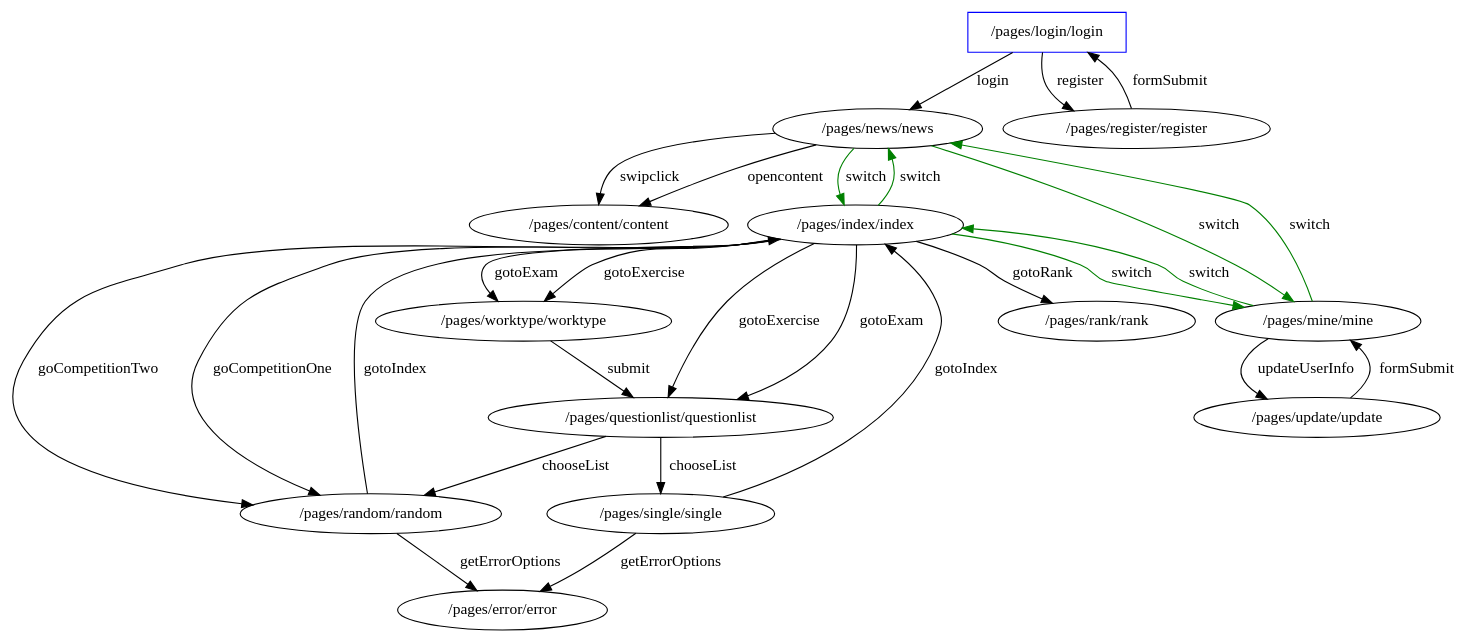
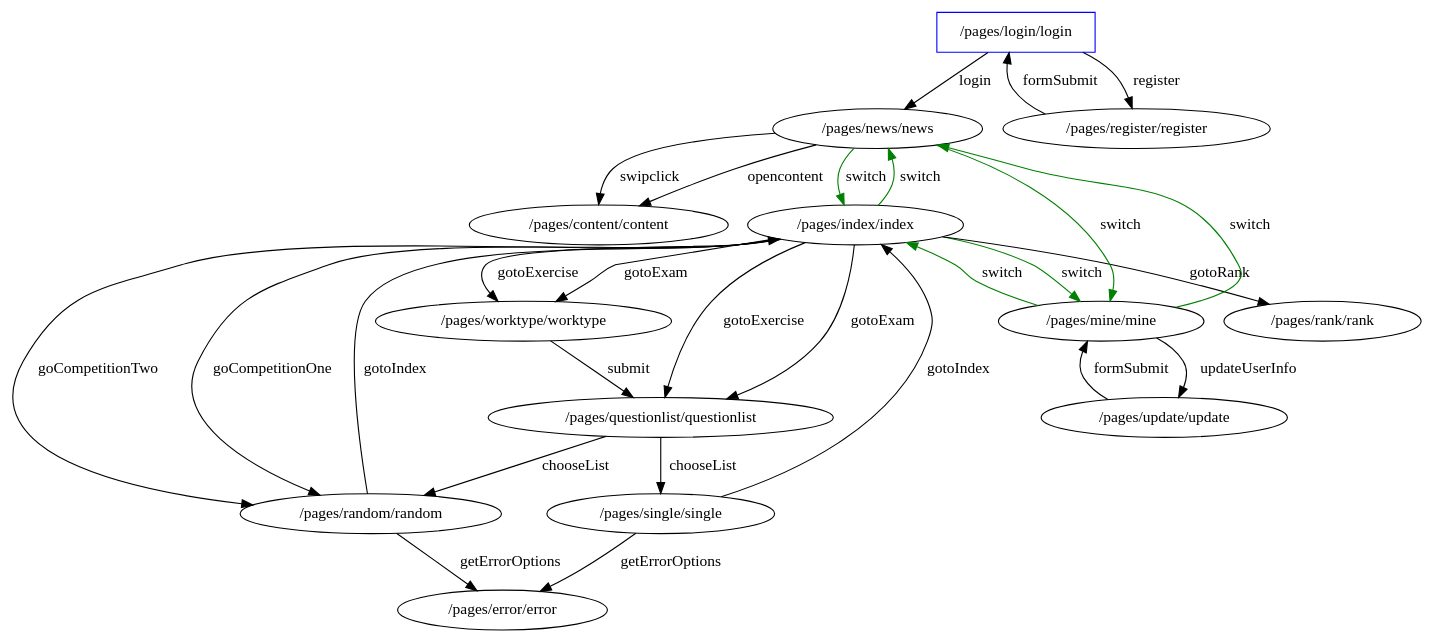
One commit to ppproxy/app-in-app-analysis changed the diagram in graph/ng-table.gv. Above: the diagram before and after it, drawn with Graphviz. The commit also changed other lines of this file and 2041 other files, not shown here.

```diff
--- a/graph/ng-table.gv
+++ b/graph/ng-table.gv
@@ -1,43 +1,43 @@
 // UI State Transfer Diagram
 digraph {
 	"/pages/content/content" [label="/pages/content/content"]
+	"/pages/single/single" [label="/pages/single/single"]
+	"/pages/index/index" [label="/pages/index/index"]
+	"/pages/worktype/worktype" [label="/pages/worktype/worktype"]
+	"/pages/questionlist/questionlist" [label="/pages/questionlist/questionlist"]
+	"/pages/mine/mine" [label="/pages/mine/mine"]
+	"/pages/news/news" [label="/pages/news/news"]
+	"/pages/update/update" [label="/pages/update/update"]
+	"/pages/register/register" [label="/pages/register/register"]
+	"/pages/login/login" [label="/pages/login/login" color=blue shape=rectangle]
+	"/pages/rank/rank" [label="/pages/rank/rank"]
+	"/pages/random/random" [label="/pages/random/random"]
 	"/pages/error/error" [label="/pages/error/error"]
-	"/pages/worktype/worktype" [label="/pages/worktype/worktype"]
-	"/pages/register/register" [label="/pages/register/register"]
-	"/pages/index/index" [label="/pages/index/index"]
-	"/pages/news/news" [label="/pages/news/news"]
-	"/pages/login/login" [label="/pages/login/login" color=blue shape=rectangle]
-	"/pages/random/random" [label="/pages/random/random"]
-	"/pages/update/update" [label="/pages/update/update"]
-	"/pages/rank/rank" [label="/pages/rank/rank"]
-	"/pages/single/single" [label="/pages/single/single"]
-	"/pages/mine/mine" [label="/pages/mine/mine"]
-	"/pages/questionlist/questionlist" [label="/pages/questionlist/questionlist"]
 	"/pages/news/news" -> "/pages/index/index" [label=switch color=green]
 	"/pages/news/news" -> "/pages/mine/mine" [label=switch color=green]
 	"/pages/index/index" -> "/pages/news/news" [label=switch color=green]
 	"/pages/index/index" -> "/pages/mine/mine" [label=switch color=green]
 	"/pages/mine/mine" -> "/pages/news/news" [label=switch color=green]
 	"/pages/mine/mine" -> "/pages/index/index" [label=switch color=green]
+	"/pages/login/login" -> "/pages/news/news" [label=login]
 	"/pages/login/login" -> "/pages/register/register" [label=register]
-	"/pages/login/login" -> "/pages/news/news" [label=login]
 	"/pages/register/register" -> "/pages/login/login" [label=formSubmit]
-	"/pages/index/index" -> "/pages/worktype/worktype" [label=gotoExam]
-	"/pages/index/index" -> "/pages/random/random" [label=goCompetitionTwo]
-	"/pages/index/index" -> "/pages/questionlist/questionlist" [label=gotoExercise]
 	"/pages/index/index" -> "/pages/worktype/worktype" [label=gotoExercise]
 	"/pages/index/index" -> "/pages/rank/rank" [label=gotoRank]
+	"/pages/index/index" -> "/pages/random/random" [label=goCompetitionTwo]
 	"/pages/index/index" -> "/pages/random/random" [label=goCompetitionOne]
+	"/pages/index/index" -> "/pages/worktype/worktype" [label=gotoExam]
 	"/pages/index/index" -> "/pages/questionlist/questionlist" [label=gotoExam]
+	"/pages/index/index" -> "/pages/questionlist/questionlist" [label=gotoExercise]
 	"/pages/single/single" -> "/pages/index/index" [label=gotoIndex]
 	"/pages/single/single" -> "/pages/error/error" [label=getErrorOptions]
 	"/pages/worktype/worktype" -> "/pages/questionlist/questionlist" [label=submit]
+	"/pages/questionlist/questionlist" -> "/pages/single/single" [label=chooseList]
 	"/pages/questionlist/questionlist" -> "/pages/random/random" [label=chooseList]
-	"/pages/questionlist/questionlist" -> "/pages/single/single" [label=chooseList]
 	"/pages/mine/mine" -> "/pages/update/update" [label=updateUserInfo]
 	"/pages/random/random" -> "/pages/index/index" [label=gotoIndex]
 	"/pages/random/random" -> "/pages/error/error" [label=getErrorOptions]
 	"/pages/news/news" -> "/pages/content/content" [label=swipclick]
 	"/pages/news/news" -> "/pages/content/content" [label=opencontent]
 	"/pages/update/update" -> "/pages/mine/mine" [label=formSubmit]
 }
```
